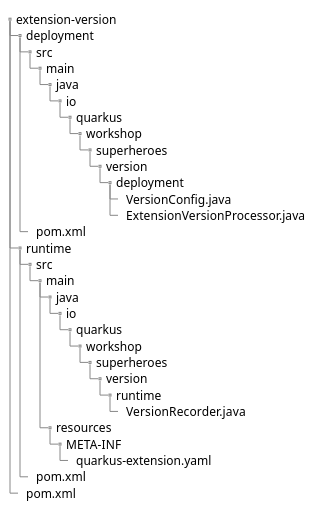
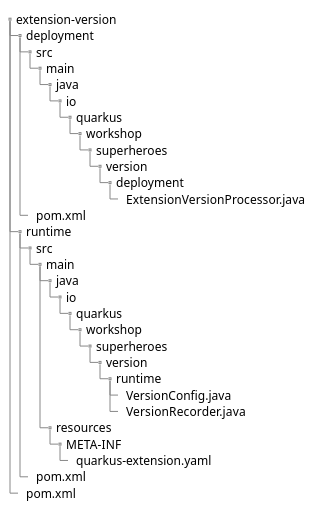
The first of 2 diagrams in quarkus-workshop-super-heroes/docs/content/optional-quarkus-extension/quarkus-extension.adoc (quarkusio/quarkus-workshops), drawn with PlantUML before and after one commit. The commit also changed other lines of this file and 11 other files, not shown here.

```diff
--- a/quarkus-workshop-super-heroes/docs/content/optional-quarkus-extension/quarkus-extension.adoc
+++ b/quarkus-workshop-super-heroes/docs/content/optional-quarkus-extension/quarkus-extension.adoc
@@ -103,40 +158,40 @@
 [plantuml]
 ----
 @startsalt
 {
 {
 T
 extension-version
 +  deployment
 ++  src
 +++  main
 ++++  java
 +++++  io
 ++++++  quarkus
 +++++++  workshop
 ++++++++  superheroes
 +++++++++  version
 ++++++++++  deployment
-+++++++++++  VersionConfig.java
 +++++++++++  ExtensionVersionProcessor.java
 ++  pom.xml
 +  runtime
 ++  src
 +++  main
 ++++  java
 +++++  io
 ++++++  quarkus
 +++++++  workshop
 ++++++++  superheroes
 +++++++++  version
 ++++++++++  runtime
++++++++++++  VersionConfig.java
 +++++++++++  VersionRecorder.java
 ++++  resources
 +++++  META-INF
 ++++++  quarkus-extension.yaml
 ++  pom.xml
 +  pom.xml
 }
 }
 @endsalt
 ----
```
